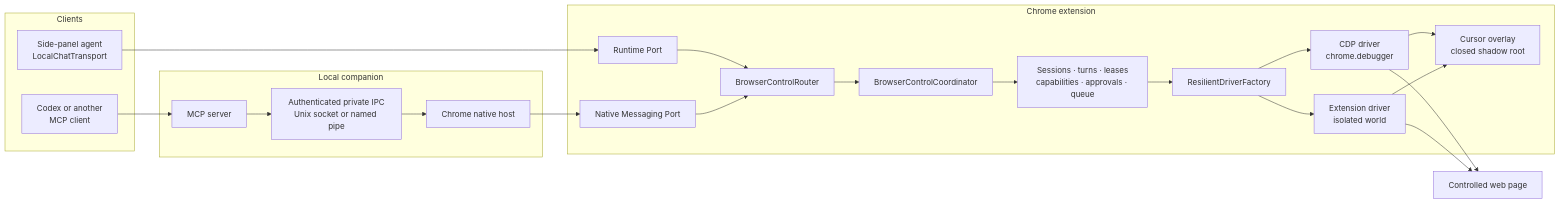
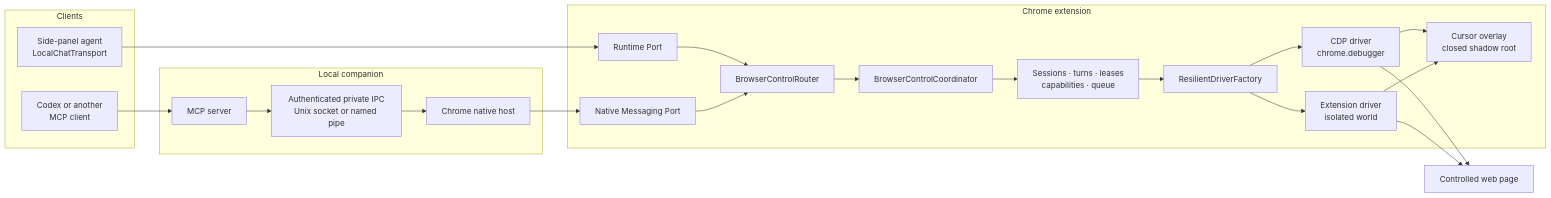
One commit to moorej2400/base-ai-control-chrome-extension changed the first of 5 diagrams in docs/BROWSER_CONTROL_ARCHITECTURE.md. Above: the diagram before and after it, drawn with Mermaid. The commit also changed other lines of this file and 38 other files, not shown here.

````diff
--- a/docs/BROWSER_CONTROL_ARCHITECTURE.md
+++ b/docs/BROWSER_CONTROL_ARCHITECTURE.md
@@ -34,35 +34,35 @@
 ```mermaid
 flowchart LR
   subgraph clients["Clients"]
     panel["Side-panel agent<br/>LocalChatTransport"]
     external["Codex or another<br/>MCP client"]
   end
 
   subgraph extension["Chrome extension"]
     runtime["Runtime Port"]
     native["Native Messaging Port"]
     router["BrowserControlRouter"]
     coordinator["BrowserControlCoordinator"]
-    policy["Sessions · turns · leases<br/>capabilities · approvals · queue"]
+    policy["Sessions · turns · leases<br/>capabilities · queue"]
     resilient["ResilientDriverFactory"]
     cdp["CDP driver<br/>chrome.debugger"]
     fallback["Extension driver<br/>isolated world"]
     overlay["Cursor overlay<br/>closed shadow root"]
   end
 
   subgraph companion["Local companion"]
     mcp["MCP server"]
     ipc["Authenticated private IPC<br/>Unix socket or named pipe"]
     host["Chrome native host"]
   end
 
   panel --> runtime --> router
   external --> mcp --> ipc --> host --> native --> router
   router --> coordinator --> policy --> resilient
   resilient --> cdp
   resilient --> fallback
   cdp --> overlay
   fallback --> overlay
   cdp --> page["Controlled web page"]
   fallback --> page
 ```
````
